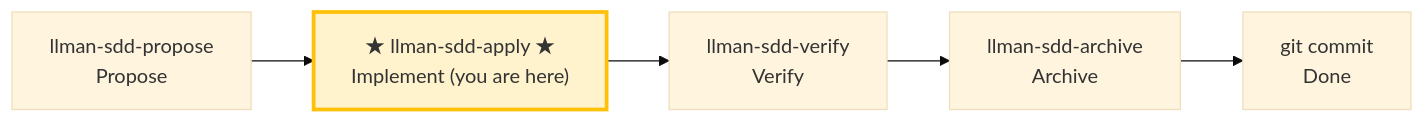
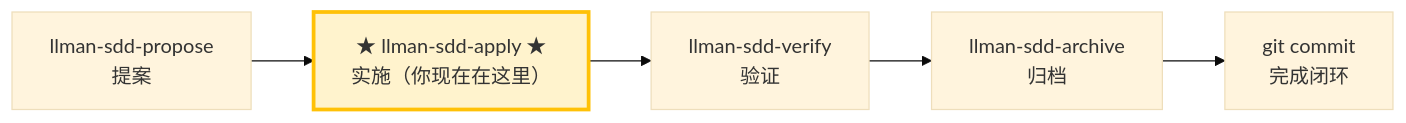
The diagram in .agents/skills/llman-sdd-apply/SKILL.md (StrayDragon/crystalith), drawn with Mermaid (base theme) before and after one commit. The commit also changed other lines of this file and 12 other files, not shown here.

Commit message:
agentdev: update llman sdd skills

````diff
--- a/.agents/skills/llman-sdd-apply/SKILL.md
+++ b/.agents/skills/llman-sdd-apply/SKILL.md
@@ -16,10 +16,10 @@
 ```mermaid
 flowchart LR
-    propose["llman-sdd-propose<br/>Propose"] --> apply
-    apply["★ llman-sdd-apply ★<br/>Implement (you are here)"]
-    apply --> verify["llman-sdd-verify<br/>Verify"]
-    verify --> archive["llman-sdd-archive<br/>Archive"]
-    archive --> commit["git commit<br/>Done"]
+    propose["llman-sdd-propose<br/>提案"] --> apply
+    apply["★ llman-sdd-apply ★<br/>实施（你现在在这里）"]
+    apply --> verify["llman-sdd-verify<br/>验证"]
+    verify --> archive["llman-sdd-archive<br/>归档"]
+    archive --> commit["git commit<br/>完成闭环"]
 
     style apply fill:#fff3cd,stroke:#ffc107,stroke-width:3px
 ```
````
